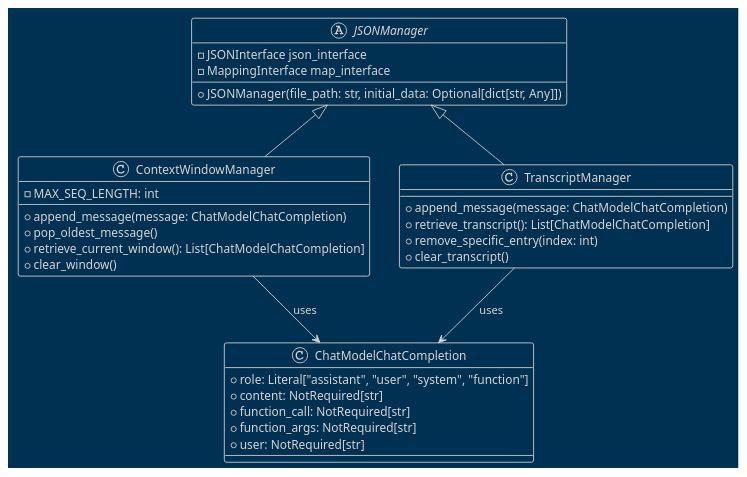
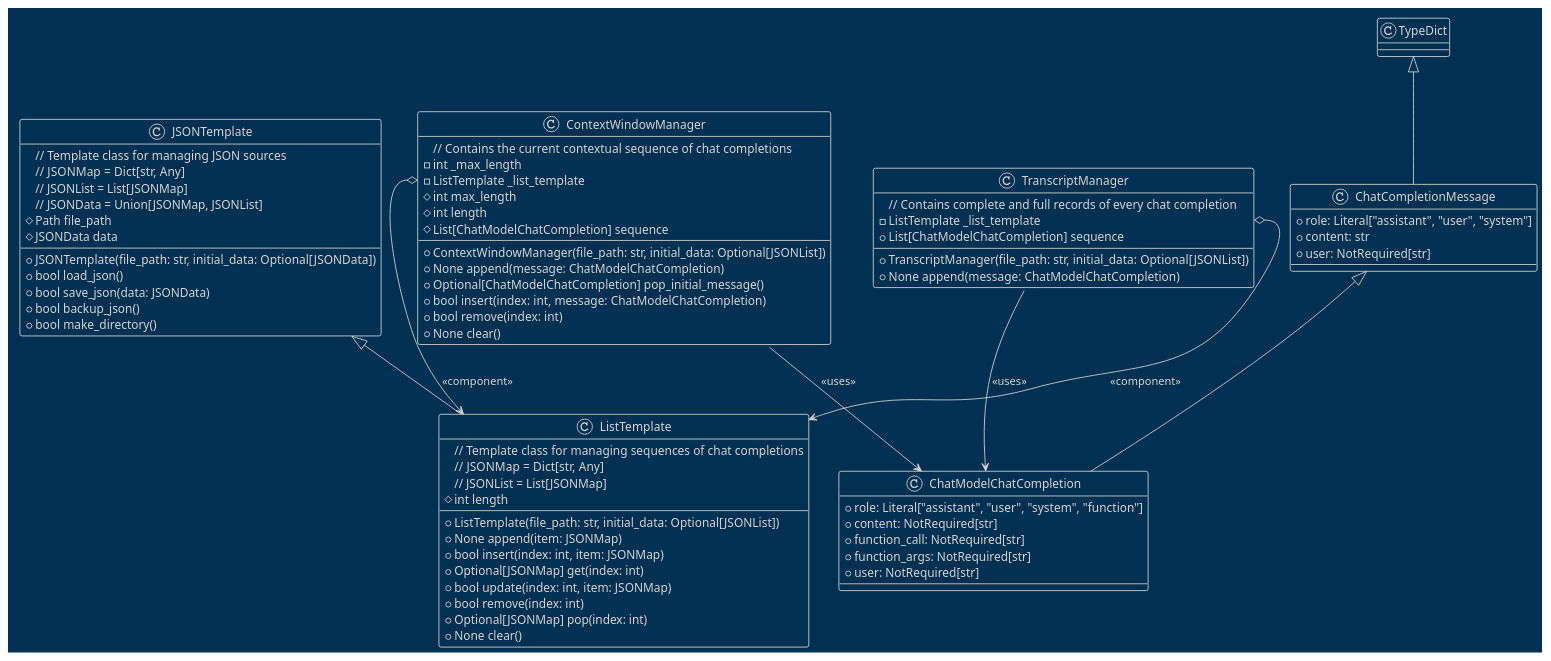
One commit to teleprint-me/py.gpt.prompt changed the diagram in docs/diagrams/plantuml/context_transcript_managers.puml. Above: the diagram before and after it, drawn with PlantUML.

Commit message:
refactor: Update Context and Transcript classes
- Refactor JSONTemplate class to include methods for loading, saving, and backing up JSON data.
- Modify ListTemplate class to manage sequences of chat completions.
- Introduce ChatCompletionMessage and extend ChatModelChatCompletion for enhanced clarity.

- Revise ContextWindowManager to manage contextual chat completions.
  - Add methods for appending, popping initial messages, inserting, and removing.

- Update TranscriptManager to handle complete chat records.
  - Introduce methods for appending and managing sequences.

- Improve code structure, organization, and comments for better maintainability.

```diff
--- a/docs/diagrams/plantuml/context_transcript_managers.puml
+++ b/docs/diagrams/plantuml/context_transcript_managers.puml
@@ -1,36 +1,77 @@
-@startuml ContextTranscriptManagers
+@startuml ContextWindowAndTranscriptManagers
 !theme blueprint
 
-abstract class JSONManager {
-    - JSONInterface json_interface
-    - MappingInterface map_interface
-    + JSONManager(file_path: str, initial_data: Optional[dict[str, Any]])
+
+class JSONTemplate {
+    // Template class for managing JSON sources
+    // JSONMap = Dict[str, Any]
+    // JSONList = List[JSONMap]
+    // JSONData = Union[JSONMap, JSONList]
+    + JSONTemplate(file_path: str, initial_data: Optional[JSONData])
+    # Path file_path
+    # JSONData data
+    + bool load_json()
+    + bool save_json(data: JSONData)
+    + bool backup_json()
+    + bool make_directory()
 }
 
-class ChatModelChatCompletion {
+class ListTemplate extends JSONTemplate {
+    // Template class for managing sequences of chat completions
+    // JSONMap = Dict[str, Any]
+    // JSONList = List[JSONMap]
+    + ListTemplate(file_path: str, initial_data: Optional[JSONList])
+    # int length
+    + None append(item: JSONMap)
+    + bool insert(index: int, item: JSONMap)
+    + Optional[JSONMap] get(index: int)
+    + bool update(index: int, item: JSONMap)
+    + bool remove(index: int)
+    + Optional[JSONMap] pop(index: int)
+    + None clear()
+}
+
+class ChatCompletionMessage extends TypeDict {
+    + role: Literal["assistant", "user", "system"]
+    + content: str
+    + user: NotRequired[str]
+}
+
+class ChatModelChatCompletion extends ChatCompletionMessage {
     + role: Literal["assistant", "user", "system", "function"]
     + content: NotRequired[str]
     + function_call: NotRequired[str]
     + function_args: NotRequired[str]
     + user: NotRequired[str]
 }
 
-class ContextWindowManager extends JSONManager {
-    - MAX_SEQ_LENGTH: int
-    + append_message(message: ChatModelChatCompletion)
-    + pop_oldest_message()
-    + retrieve_current_window(): List[ChatModelChatCompletion]
-    + clear_window()
+class ContextWindowManager {
+    // Contains the current contextual sequence of chat completions
+    - int _max_length
+    - ListTemplate _list_template
+    + ContextWindowManager(file_path: str, initial_data: Optional[JSONList])
+    # int max_length
+    # int length
+    # List[ChatModelChatCompletion] sequence
+    + None append(message: ChatModelChatCompletion)
+    + Optional[ChatModelChatCompletion] pop_initial_message()
+    + bool insert(index: int, message: ChatModelChatCompletion)
+    + bool remove(index: int)
+    + None clear()
 }
 
-class TranscriptManager extends JSONManager {
-    + append_message(message: ChatModelChatCompletion)
-    + retrieve_transcript(): List[ChatModelChatCompletion]
-    + remove_specific_entry(index: int)
-    + clear_transcript()
+class TranscriptManager {
+    // Contains complete and full records of every chat completion
+    - ListTemplate _list_template
+    + TranscriptManager(file_path: str, initial_data: Optional[JSONList])
+    + None append(message: ChatModelChatCompletion)
+    + List[ChatModelChatCompletion] sequence
 }
 
-ContextWindowManager --> ChatModelChatCompletion : uses
-TranscriptManager --> ChatModelChatCompletion : uses
+ContextWindowManager --> ChatModelChatCompletion : <<uses>>
+TranscriptManager --> ChatModelChatCompletion : <<uses>>
+
+ContextWindowManager::_list_template o--> ListTemplate : <<component>>
+TranscriptManager::_list_template o--> ListTemplate : <<component>>
 
 @enduml
```
